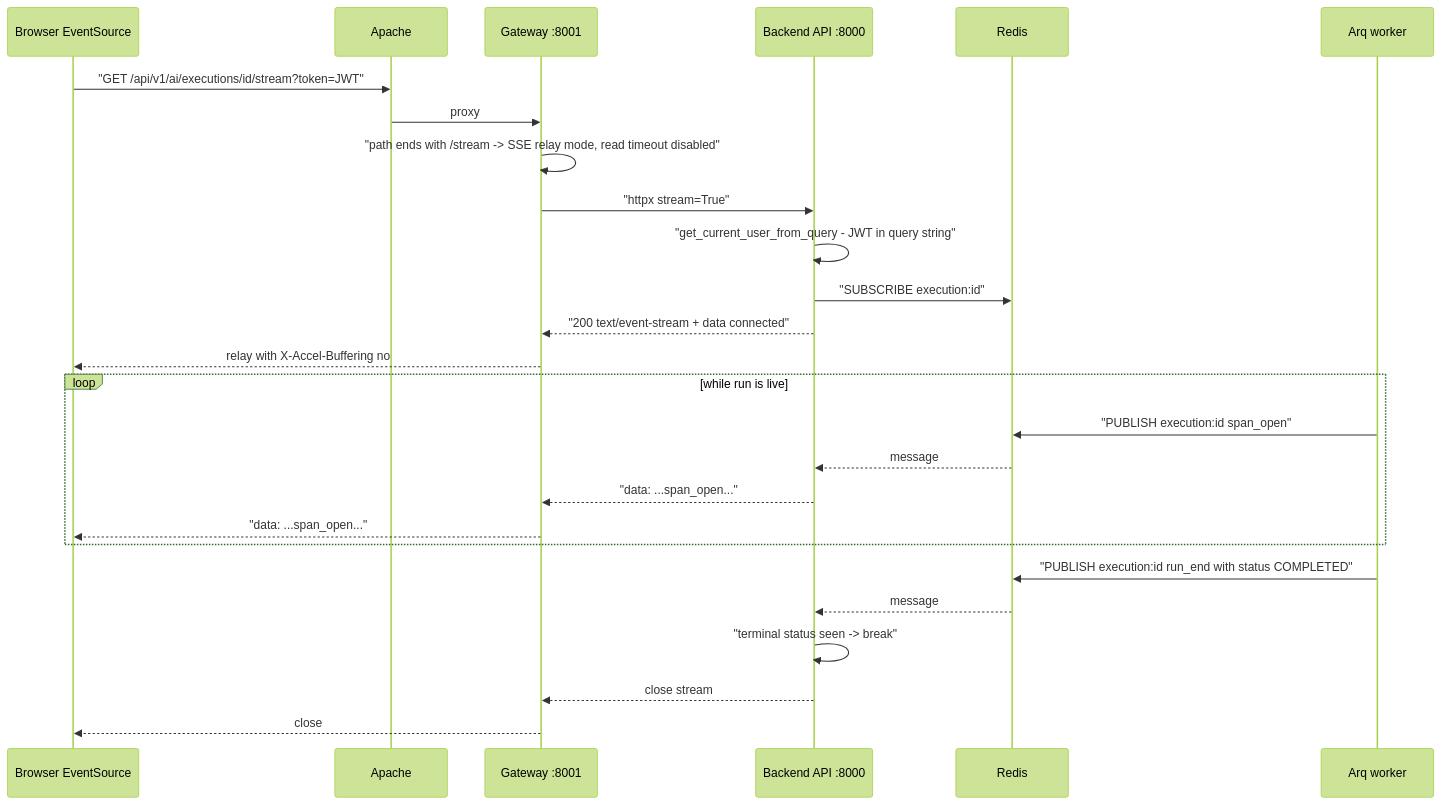
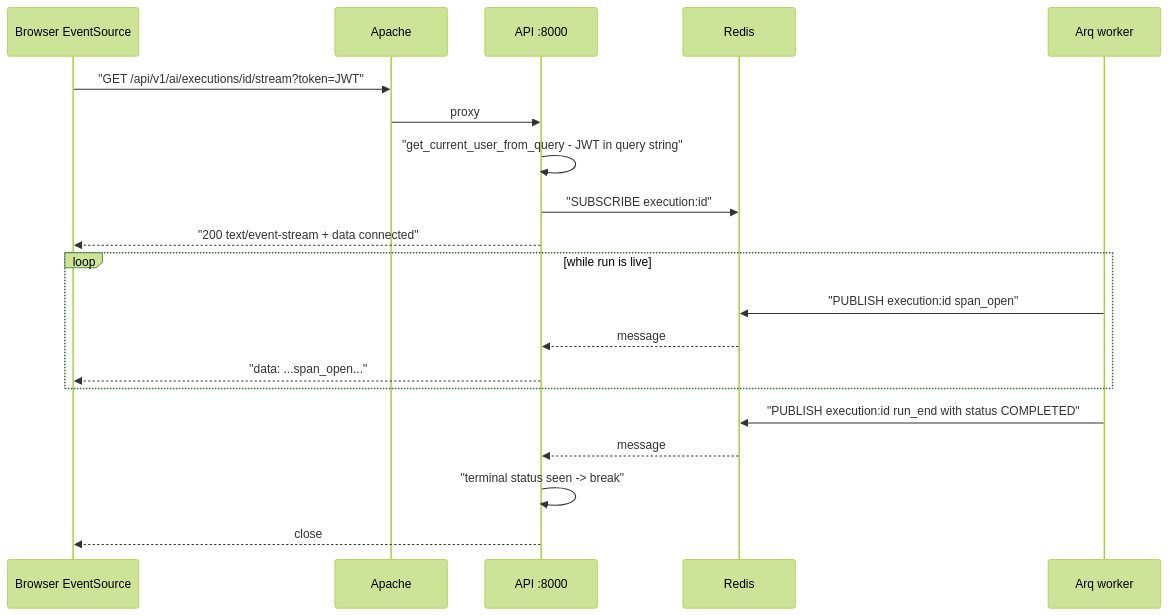
Before and after one commit to gondolerahul/hire-buddha-app: diagram 11 of 19 in docs/current/02-system-architecture.md, drawn with Mermaid (forest theme). The commit also changed other lines of this file and 61 other files, not shown here.

````diff
--- a/docs/current/02-system-architecture.md
+++ b/docs/current/02-system-architecture.md
@@ -808,31 +770,25 @@
 ```mermaid
 sequenceDiagram
     participant B as Browser EventSource
     participant A as Apache
-    participant G as Gateway :8001
-    participant API as Backend API :8000
+    participant API as API :8000
     participant R as Redis
     participant W as Arq worker
 
     B->>A: "GET /api/v1/ai/executions/id/stream?token=JWT"
-    A->>G: proxy
-    G->>G: "path ends with /stream -> SSE relay mode, read timeout disabled"
-    G->>API: "httpx stream=True"
+    A->>API: proxy
     API->>API: "get_current_user_from_query - JWT in query string"
     API->>R: "SUBSCRIBE execution:id"
-    API-->>G: "200 text/event-stream + data connected"
-    G-->>B: relay with X-Accel-Buffering no
+    API-->>B: "200 text/event-stream + data connected"
 
     loop while run is live
         W->>R: "PUBLISH execution:id  span_open"
         R-->>API: message
-        API-->>G: "data: ...span_open..."
-        G-->>B: "data: ...span_open..."
+        API-->>B: "data: ...span_open..."
     end
 
     W->>R: "PUBLISH execution:id  run_end with status COMPLETED"
     R-->>API: message
     API->>API: "terminal status seen -> break"
-    API-->>G: close stream
-    G-->>B: close
+    API-->>B: close
 ```
````
